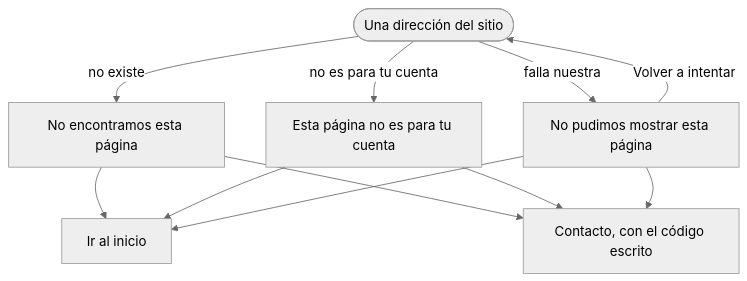
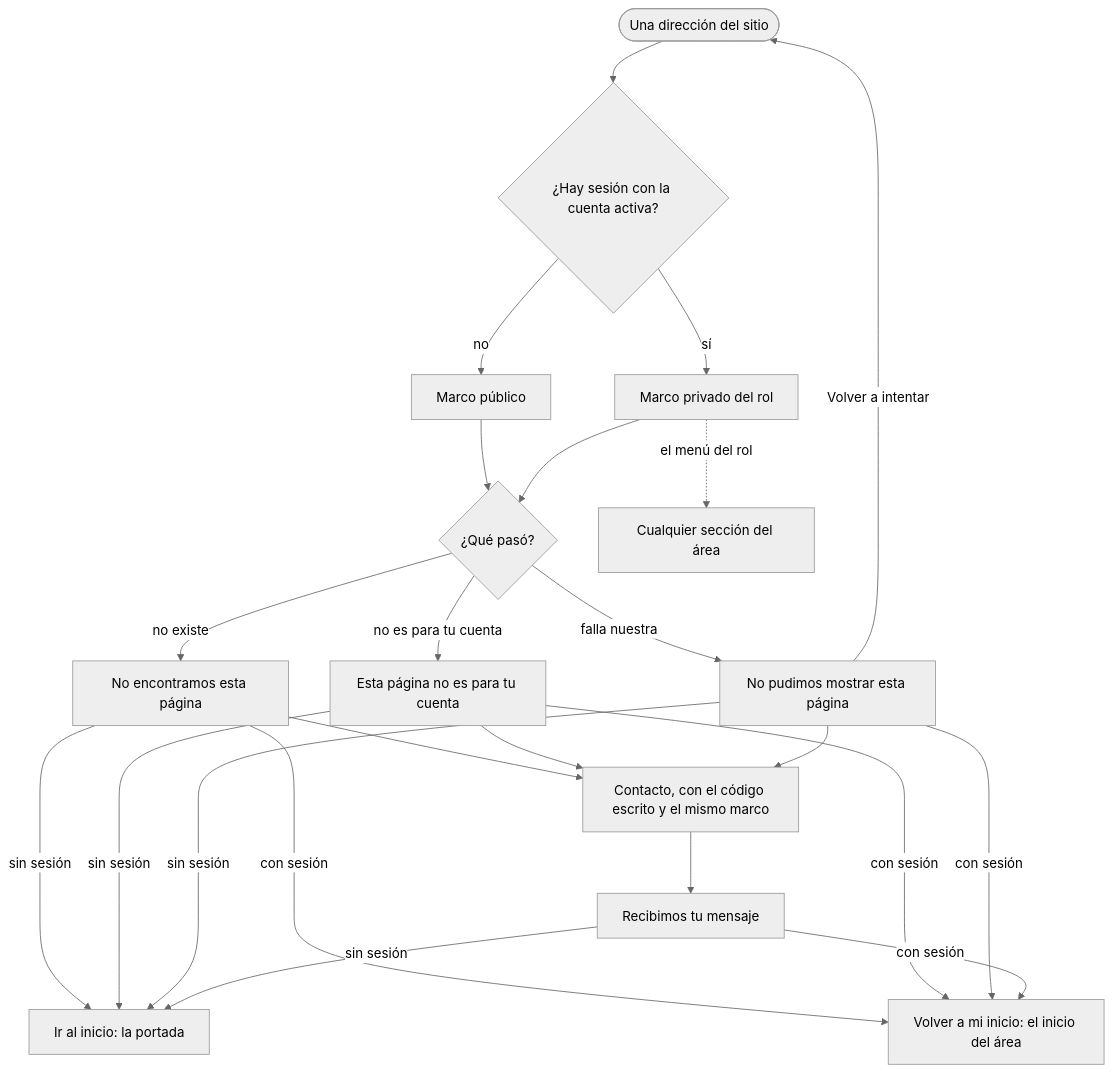
Before and after one commit to tsorren/DonaTrack-TP-DDS: the diagram in docs/interfaz/flujos/raices-paginas-de-error.md, drawn with Mermaid (neutral theme). The commit also changed other lines of this file and 1 other file, not shown here.

````diff
--- a/docs/interfaz/flujos/raices-paginas-de-error.md
+++ b/docs/interfaz/flujos/raices-paginas-de-error.md
@@ -32,13 +58,25 @@
 ```mermaid
 flowchart TD
-  pedido([Una dirección del sitio]) -->|no existe| p404[No encontramos esta página]
-  pedido -->|no es para tu cuenta| p403[Esta página no es para tu cuenta]
-  pedido -->|falla nuestra| p5xx[No pudimos mostrar esta página]
-  p404 --> inicio[Ir al inicio]
-  p403 --> inicio
+  pedido([Una dirección del sitio]) --> quien{¿Hay sesión con la cuenta activa?}
+  quien -->|no| publico[Marco público]
+  quien -->|sí| privado[Marco privado del rol]
+  publico --> tipo{¿Qué pasó?}
+  privado --> tipo
+  tipo -->|no existe| p404[No encontramos esta página]
+  tipo -->|no es para tu cuenta| p403[Esta página no es para tu cuenta]
+  tipo -->|falla nuestra| p5xx[No pudimos mostrar esta página]
   p5xx -->|Volver a intentar| pedido
-  p5xx --> inicio
-  p404 --> contacto[Contacto, con el código escrito]
+  p404 -->|sin sesión| portada[Ir al inicio: la portada]
+  p403 -->|sin sesión| portada
+  p5xx -->|sin sesión| portada
+  p404 -->|con sesión| miinicio[Volver a mi inicio: el inicio del área]
+  p403 -->|con sesión| miinicio
+  p5xx -->|con sesión| miinicio
+  p404 --> contacto[Contacto, con el código escrito y el mismo marco]
   p403 --> contacto
   p5xx --> contacto
+  contacto --> enviado[Recibimos tu mensaje]
+  enviado -->|con sesión| miinicio
+  enviado -->|sin sesión| portada
+  privado -.->|el menú del rol| seccion[Cualquier sección del área]
 ```
````
